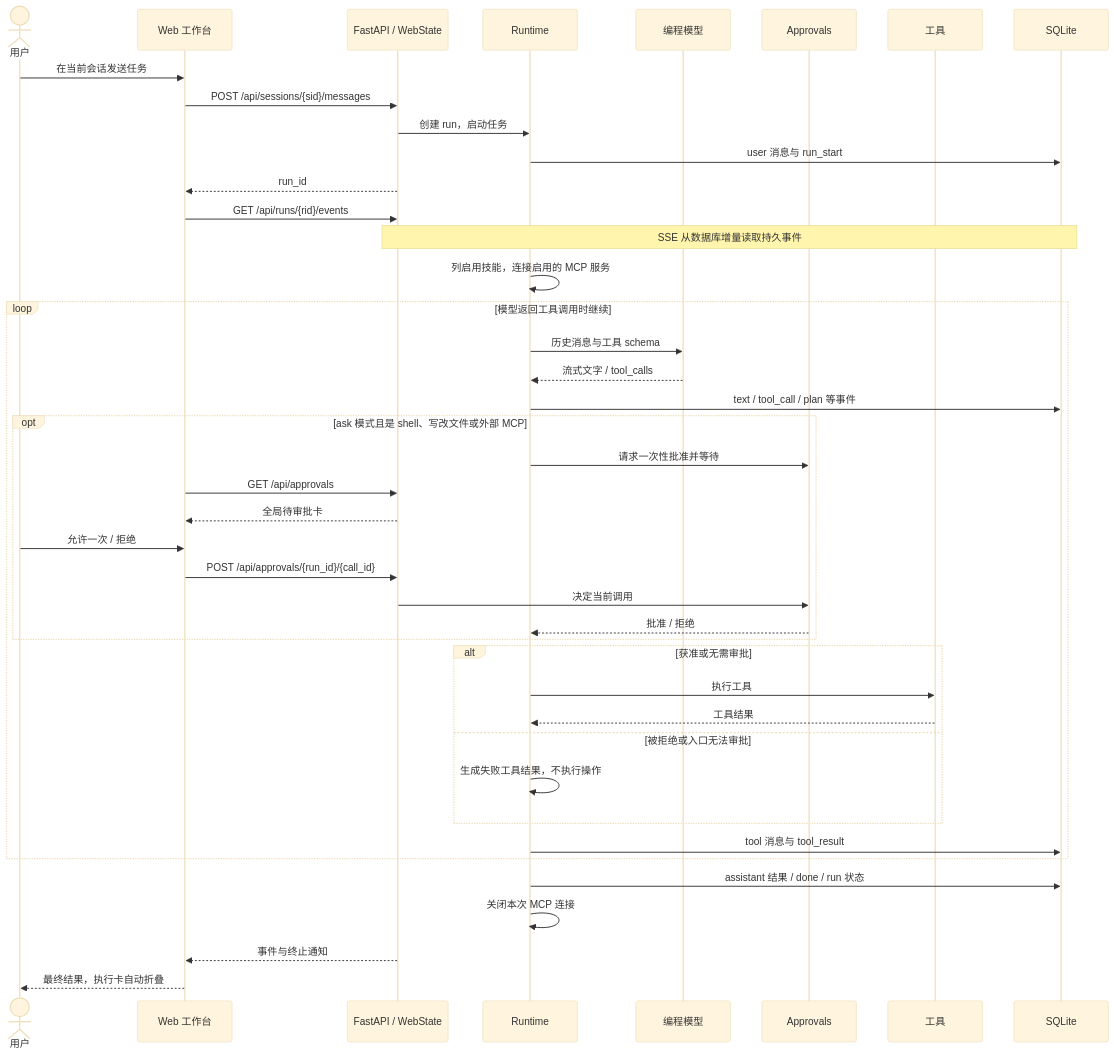
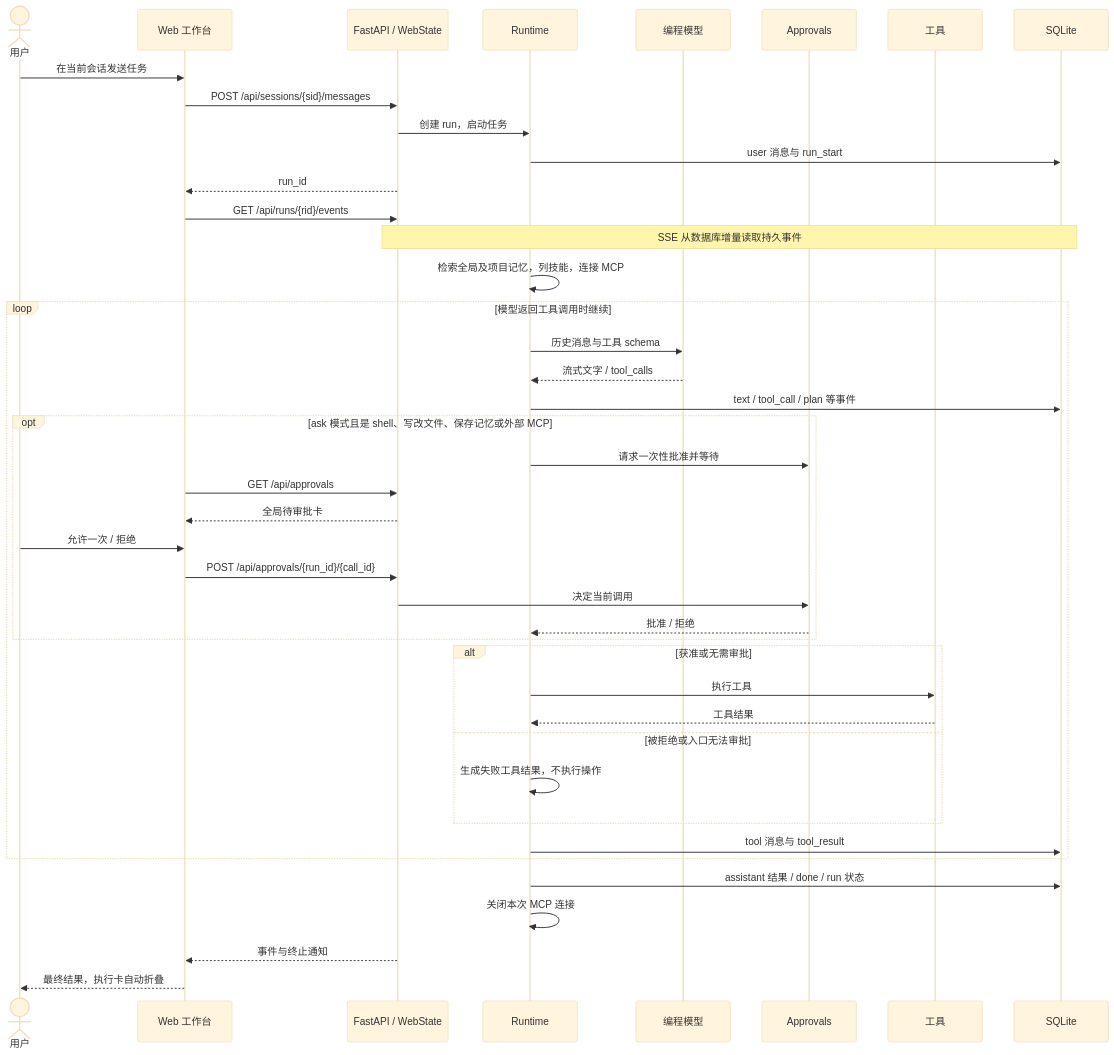
The second of 3 diagrams in docs/architecture.md (ShaoLongFei/dongdong), drawn with Mermaid (base theme) before and after one commit. The commit also changed other lines of this file and 34 other files, not shown here.

````diff
--- a/docs/architecture.md
+++ b/docs/architecture.md
@@ -101,44 +100,44 @@
 ```mermaid
 sequenceDiagram
     actor U as 用户
     participant UI as Web 工作台
     participant W as FastAPI / WebState
     participant R as Runtime
     participant L as 编程模型
     participant A as Approvals
     participant T as 工具
     participant S as SQLite
     U->>UI: 在当前会话发送任务
     UI->>W: POST /api/sessions/{sid}/messages
     W->>R: 创建 run，启动任务
     R->>S: user 消息与 run_start
     W-->>UI: run_id
     UI->>W: GET /api/runs/{rid}/events
     Note over W,S: SSE 从数据库增量读取持久事件
-    R->>R: 列启用技能，连接启用的 MCP 服务
+    R->>R: 检索全局及项目记忆，列技能，连接 MCP
     loop 模型返回工具调用时继续
         R->>L: 历史消息与工具 schema
         L-->>R: 流式文字 / tool_calls
         R->>S: text / tool_call / plan 等事件
-        opt ask 模式且是 shell、写改文件或外部 MCP
+        opt ask 模式且是 shell、写改文件、保存记忆或外部 MCP
             R->>A: 请求一次性批准并等待
             UI->>W: GET /api/approvals
             W-->>UI: 全局待审批卡
             U->>UI: 允许一次 / 拒绝
             UI->>W: POST /api/approvals/{run_id}/{call_id}
             W->>A: 决定当前调用
             A-->>R: 批准 / 拒绝
         end
         alt 获准或无需审批
             R->>T: 执行工具
             T-->>R: 工具结果
         else 被拒绝或入口无法审批
             R->>R: 生成失败工具结果，不执行操作
         end
         R->>S: tool 消息与 tool_result
     end
     R->>S: assistant 结果 / done / run 状态
     R->>R: 关闭本次 MCP 连接
     W-->>UI: 事件与终止通知
     UI-->>U: 最终结果，执行卡自动折叠
 ```
````
